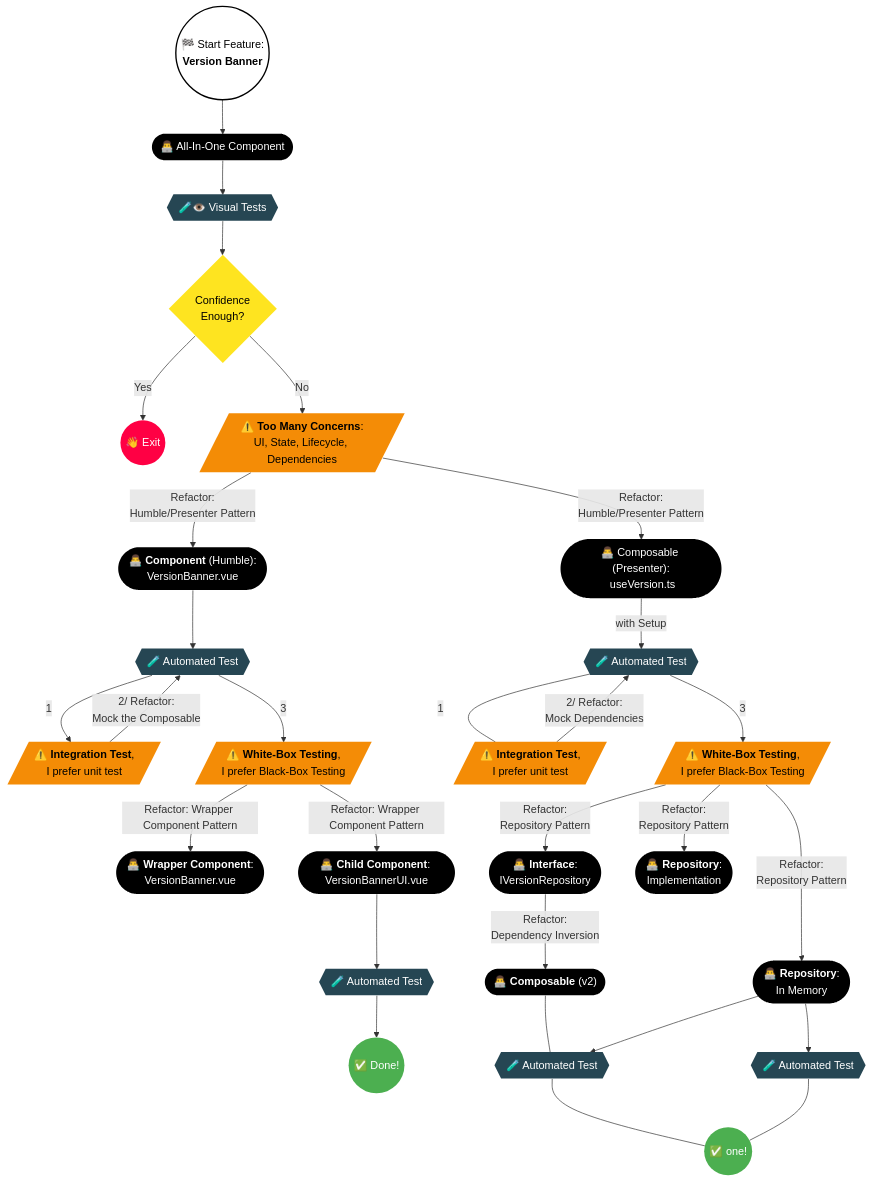
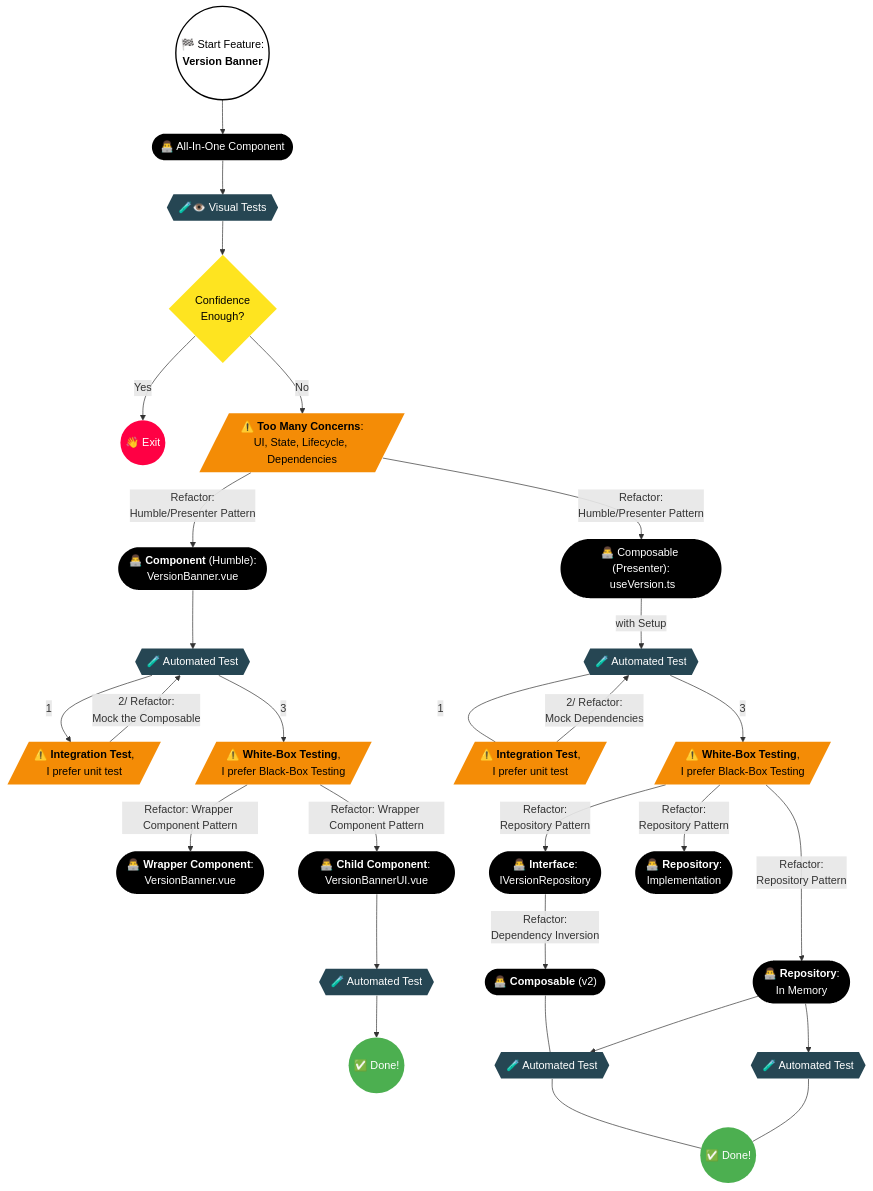
One commit to jeromeabel/nuxt-clean-architecture changed the diagram in docs/Testing a Simple Nuxt Feature - 1 - How To Share.md. Above: the diagram before and after it, drawn with Mermaid.

````diff
--- a/docs/Testing a Simple Nuxt Feature - 1 - How To Share.md
+++ b/docs/Testing a Simple Nuxt Feature - 1 - How To Share.md
@@ -51,71 +51,71 @@
 ```mermaid
 graph TD;
     %% Class Definitions
     classDef start fill:#fff,color:#000,stroke:#000,stroke-width:2;
     classDef impl fill:#000,color:#fff,stroke:#fff,stroke-width:0;
     classDef issue fill:#f48c06,color:#000,stroke:#333,stroke-width:0;
     classDef decision fill:#FEE420,color:#000,stroke:#4F4400,stroke-width:0;
     classDef test fill:#264653,color:#fff,stroke:#060600,stroke-width:0;
     classDef exit fill:#ff0044,color:#fff,stroke-width:0;
     classDef success fill:#4CAF50,color:#fff,stroke:#fff,stroke-width:0;
 
     %% Start Node
     START(("🏁 Start Feature:<br> <b>Version Banner</b>")):::start
 
     %% v1: Initial Implementation
     IMPL1([👨‍💻 All-In-One Component]):::impl
     TEST1{{🧪👁️ Visual Tests}}:::test
     DECISION1{Confidence<br>Enough?}:::decision
     EXIT((👋 Exit)):::exit
     ISSUE1[/"⚠️ <b>Too Many Concerns</b>:<br>UI, State, Lifecycle, Dependencies"/]:::issue
 
     %% Connections v1
     START --> IMPL1 --> TEST1 --> DECISION1
     DECISION1 -->|Yes| EXIT
     DECISION1 -->|No| ISSUE1
 
     %% v2: Humble/Presenter Pattern
     IMPL2A(["👨‍💻 <b>Component</b> (Humble):<br> VersionBanner.vue"]):::impl
     IMPL2B(["👨‍💻 Composable (Presenter):<br> useVersion.ts"]):::impl
     TEST2A{{🧪 Automated Test}}:::test
 
     ISSUE2A[/"⚠️ <b>Integration Test</b>,<br> I prefer unit test"/]:::issue
     ISSUE2B[/"⚠️ <b>White-Box Testing</b>,<br> I prefer Black-Box Testing"/]:::issue
 
     %% Connections v2
     ISSUE1 -->|"Refactor:<br> Humble/Presenter Pattern"| IMPL2A & IMPL2B
     IMPL2A --> TEST2A --> |1| ISSUE2A
     ISSUE2A -->|"2/ Refactor:<br> Mock the Composable"| TEST2A --> |3| ISSUE2B
 
     IMPL2B --> |"with Setup"| TEST4A
 
     %% v3: Wrapper Component Pattern
     IMPL3A(["👨‍💻 <b>Wrapper Component</b>:<br> VersionBanner.vue"]):::impl
     IMPL3B(["👨‍💻 <b>Child Component</b>: VersionBannerUI.vue"]):::impl
     TEST3{{🧪 Automated Test}}:::test
     SUCCESS1((✅ Done!)):::success
 
     %% Connections v3
     ISSUE2B -->|"Refactor: Wrapper Component Pattern"| IMPL3A & IMPL3B
     IMPL3B --> TEST3 --> SUCCESS1
 
     %% v4: Composable Testing & Repository Pattern
     TEST4A{{🧪 Automated Test}}:::test
     ISSUE4B[/"⚠️ <b>Integration Test</b>,<br> I prefer unit test"/]:::issue
     ISSUE4C[/"⚠️ <b>White-Box Testing</b>,<br> I prefer Black-Box Testing"/]:::issue
 
     IMPL4A(["👨‍💻 <b>Interface</b>:<br> IVersionRepository"]):::impl
     IMPL4B(["👨‍💻 <b>Repository</b>:<br> In Memory"]):::impl
     IMPL4C(["👨‍💻 <b>Repository</b>:<br> Implementation"]):::impl
     IMPL5A(["👨‍💻 <b>Composable</b> (v2)"]):::impl
     TEST5A{{🧪 Automated Test}}:::test
     TEST5B{{🧪 Automated Test}}:::test
-    SUCCESS2((✅ one!)):::success
+    SUCCESS2((✅ Done!)):::success
 
     %% Connections v4
     TEST4A ---|1| ISSUE4B
     ISSUE4B --> |2/ Refactor:<br>Mock Dependencies| TEST4A --> |3| ISSUE4C
     ISSUE4C --> |Refactor:<br>Repository Pattern| IMPL4A & IMPL4B & IMPL4C
     IMPL4A --> |Refactor:<br> Dependency Inversion| IMPL5A --- TEST5A
     IMPL4B --> TEST5A & TEST5B --- SUCCESS2
 ```
````
